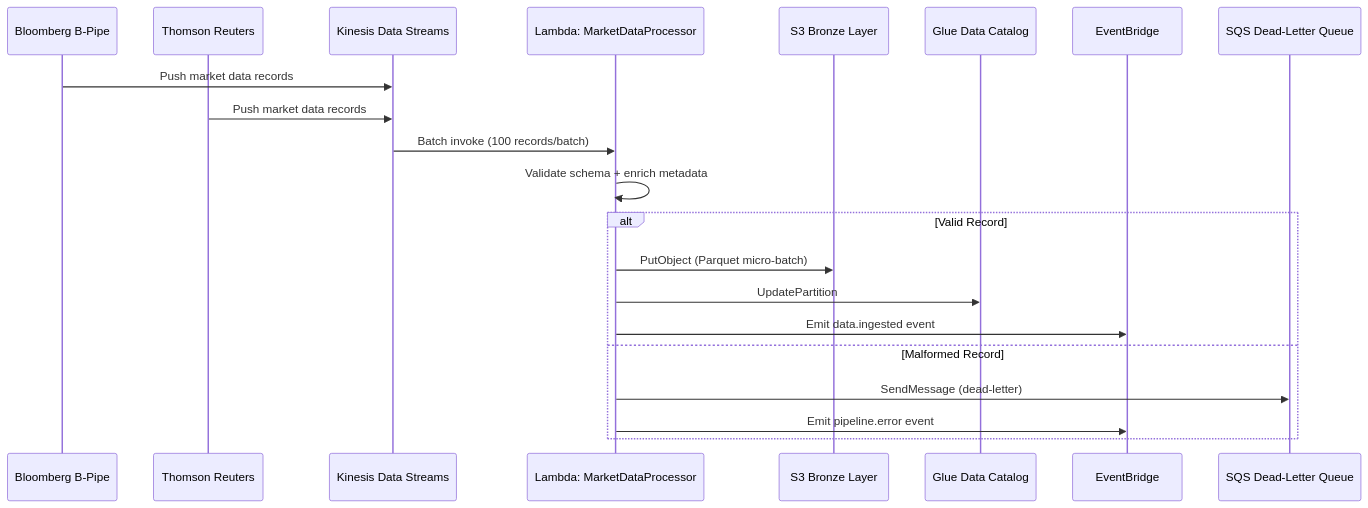
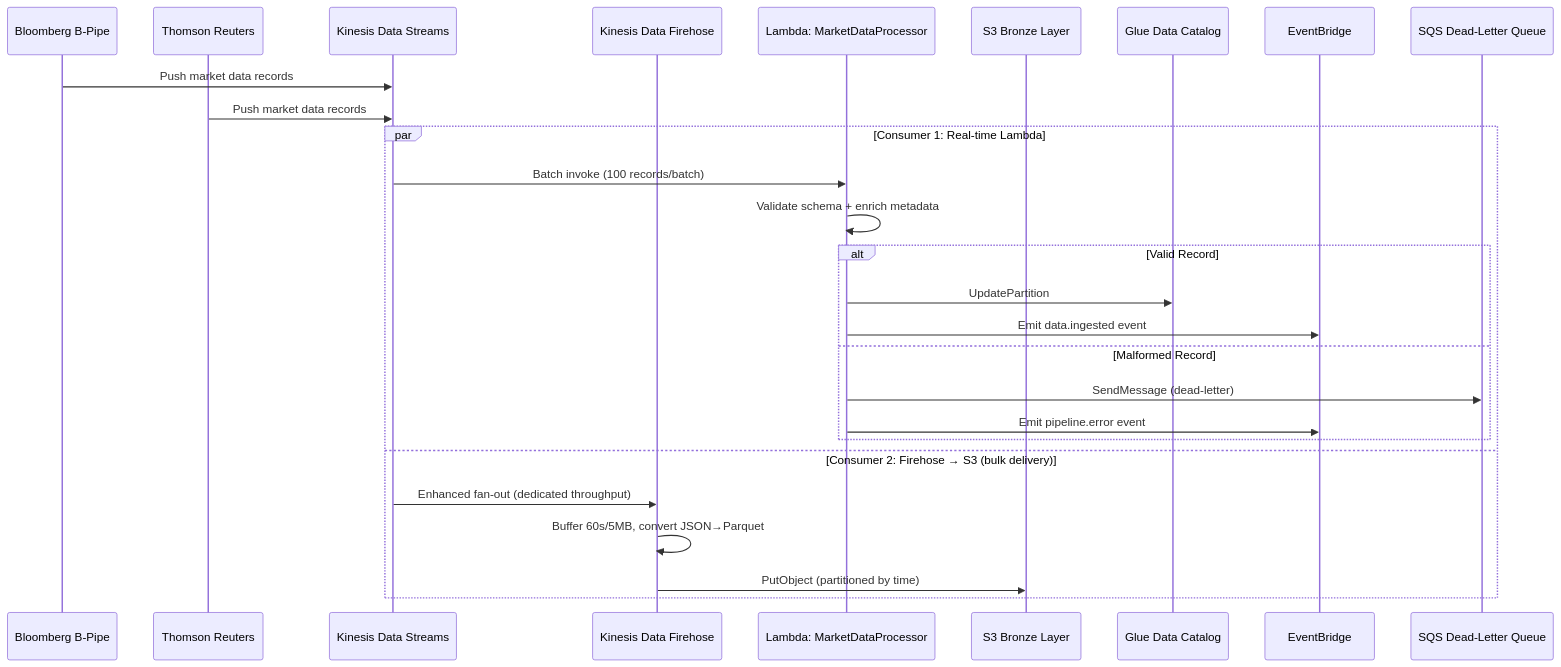
Before and after one commit to dasroopesh-blip/verticalbroker-aws-platform: the fourth of 18 diagrams in .kiro/specs/verticalbroker-data-platform/design.md, drawn with Mermaid. The commit also changed other lines of this file, not shown here.

First line of the commit message:
fix: correct architecture diagram and SQS configuration in design doc

````diff
--- a/.kiro/specs/verticalbroker-data-platform/design.md
+++ b/.kiro/specs/verticalbroker-data-platform/design.md
@@ -233,24 +271,31 @@
 ```mermaid
 sequenceDiagram
     participant BB as Bloomberg B-Pipe
     participant TR as Thomson Reuters
     participant KDS as Kinesis Data Streams
+    participant KDF as Kinesis Data Firehose
     participant LMD as Lambda: MarketDataProcessor
     participant S3B as S3 Bronze Layer
     participant CAT as Glue Data Catalog
     participant EB as EventBridge
     participant DLQ as SQS Dead-Letter Queue
 
     BB->>KDS: Push market data records
     TR->>KDS: Push market data records
-    KDS->>LMD: Batch invoke (100 records/batch)
-    LMD->>LMD: Validate schema + enrich metadata
-    alt Valid Record
-        LMD->>S3B: PutObject (Parquet micro-batch)
-        LMD->>CAT: UpdatePartition
-        LMD->>EB: Emit data.ingested event
-    else Malformed Record
-        LMD->>DLQ: SendMessage (dead-letter)
-        LMD->>EB: Emit pipeline.error event
+    
+    par Consumer 1: Real-time Lambda
+        KDS->>LMD: Batch invoke (100 records/batch)
+        LMD->>LMD: Validate schema + enrich metadata
+        alt Valid Record
+            LMD->>CAT: UpdatePartition
+            LMD->>EB: Emit data.ingested event
+        else Malformed Record
+            LMD->>DLQ: SendMessage (dead-letter)
+            LMD->>EB: Emit pipeline.error event
+        end
+    and Consumer 2: Firehose → S3 (bulk delivery)
+        KDS->>KDF: Enhanced fan-out (dedicated throughput)
+        KDF->>KDF: Buffer 60s/5MB, convert JSON→Parquet
+        KDF->>S3B: PutObject (partitioned by time)
     end
 ```
````
